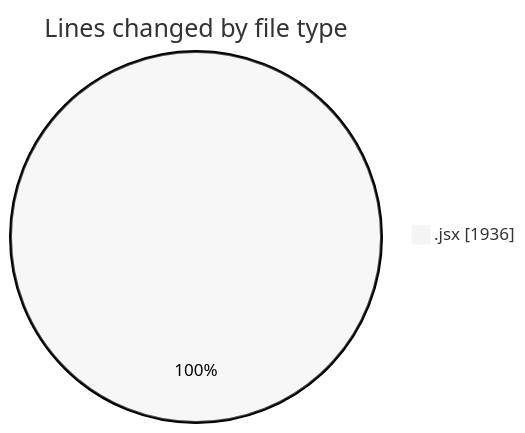
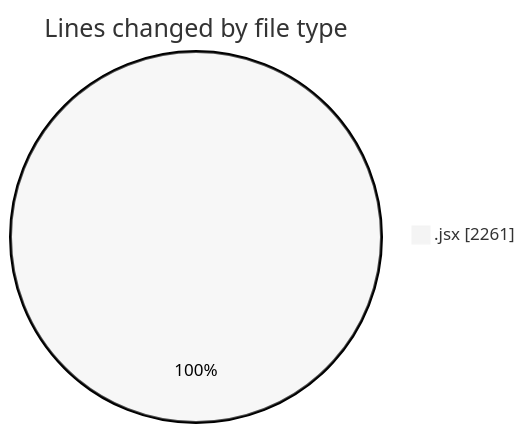
The first of 2 diagrams in 2025-09-28/nxtqube_webapp/README.md (nxtqubesakshisongat/code-tracking), drawn with Mermaid (neutral theme) before and after one commit. The commit also changed other lines of this file and 1 other file, not shown here.

````diff
--- a/2025-09-28/nxtqube_webapp/README.md
+++ b/2025-09-28/nxtqube_webapp/README.md
@@ -20,5 +20,5 @@
 ```mermaid
 pie showData
 title Lines changed by file type
-".jsx" : 1936
+".jsx" : 2261
 ```
````
